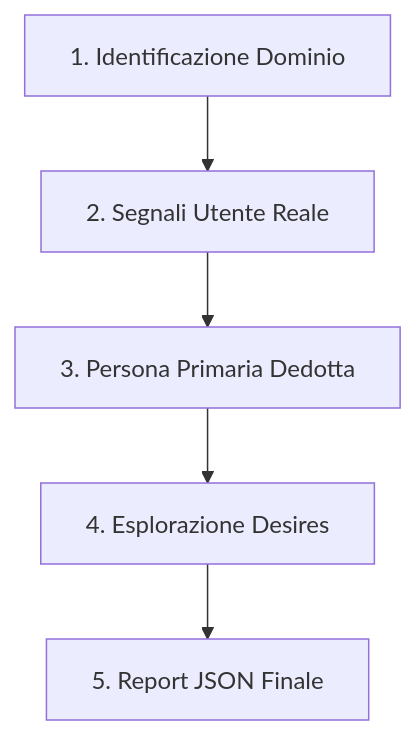
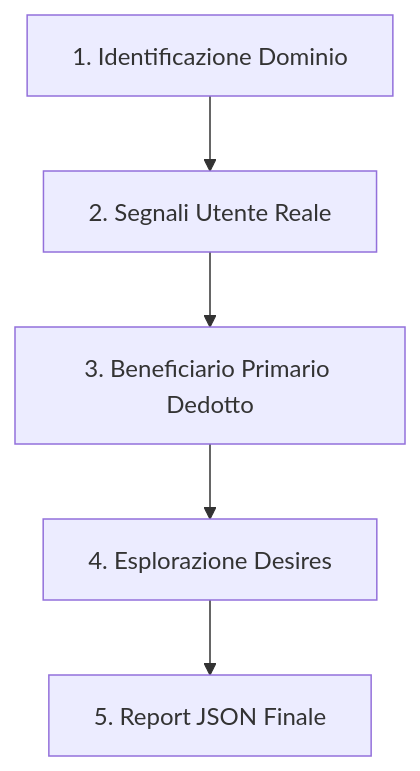
The first of 2 diagrams in docs/AGENTS_GUIDE.md (manant74/unical), drawn with Mermaid before and after one commit. The commit also changed other lines of this file and 2 other files, not shown here.

````diff
--- a/docs/AGENTS_GUIDE.md
+++ b/docs/AGENTS_GUIDE.md
@@ -23,7 +23,7 @@
 ```mermaid
 graph TD
     A[1. Identificazione Dominio] --> B[2. Segnali Utente Reale]
-    B --> C[3. Persona Primaria Dedotta]
+    B --> C[3. Beneficiario Primario Dedotto]
     C --> D[4. Esplorazione Desires]
     D --> E[5. Report JSON Finale]
 ```
````
